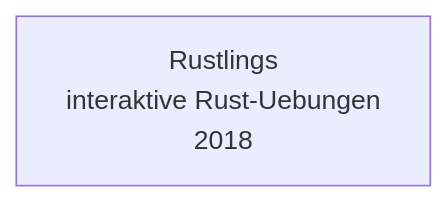
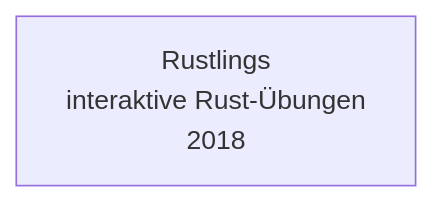
The diagram in docs/wissen/e-learning/evolution-digitaler-rust-lms.md (thorstenkloehn/dokument), drawn with Mermaid before and after one commit. The commit also changed other lines of this file and 3 other files, not shown here.

````diff
--- a/docs/wissen/e-learning/evolution-digitaler-rust-lms.md
+++ b/docs/wissen/e-learning/evolution-digitaler-rust-lms.md
@@ -14,4 +14,4 @@
 ```mermaid
 graph LR
-    A["Rustlings<br/>interaktive Rust-Uebungen<br/>2018"]
+    A["Rustlings<br/>interaktive Rust-Übungen<br/>2018"]
 ```
````
